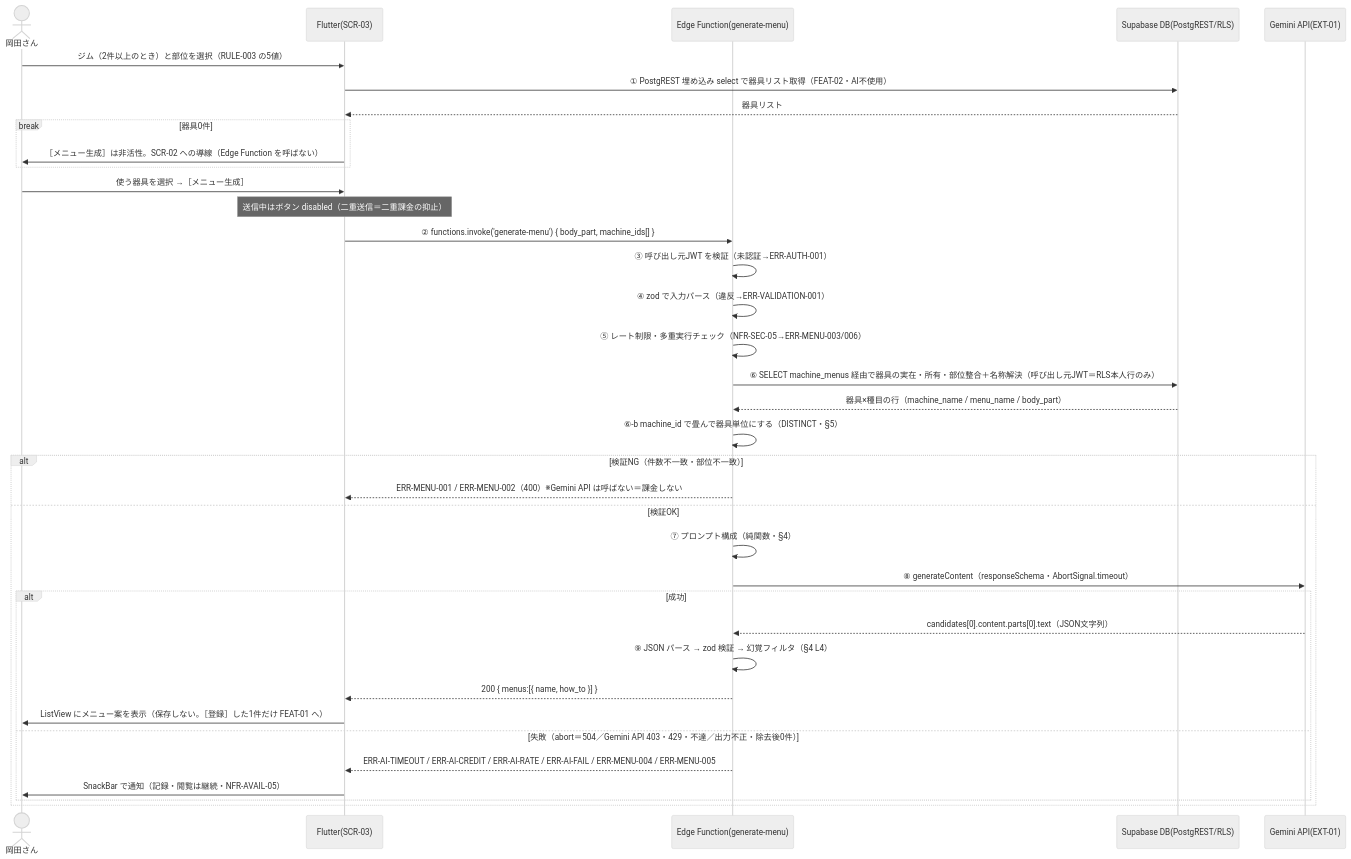
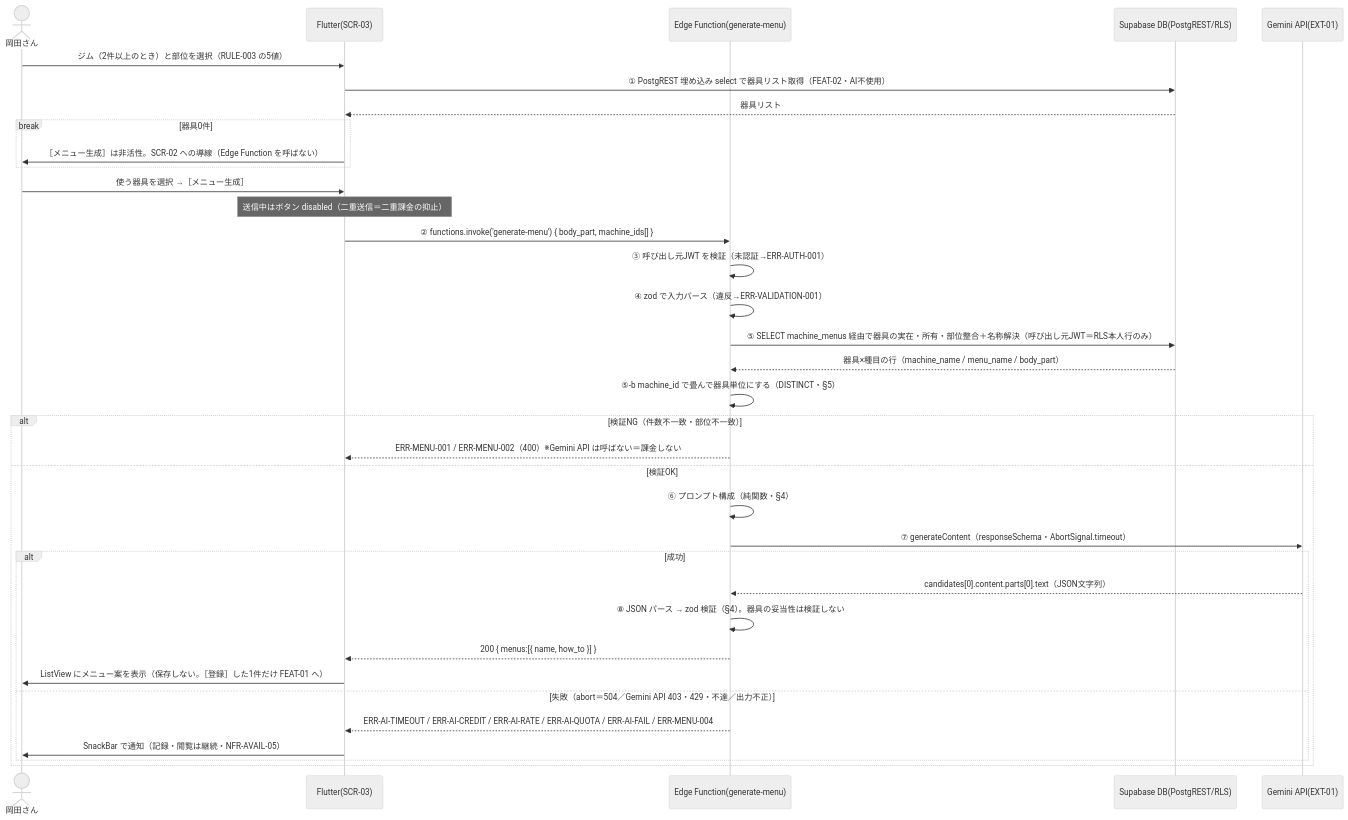
One commit to k-okada51/okada-fit changed the diagram in docs/02_設計/50_詳細設計/08_機能別詳細設計/FEAT-03_AIメニュー提案.md. Above: the diagram before and after it, drawn with Mermaid (neutral theme). The commit also changed other lines of this file and 13 other files, not shown here.

````diff
--- a/docs/02_設計/50_詳細設計/08_機能別詳細設計/FEAT-03_AIメニュー提案.md
+++ b/docs/02_設計/50_詳細設計/08_機能別詳細設計/FEAT-03_AIメニュー提案.md
@@ -75,40 +76,39 @@
 ```mermaid
 sequenceDiagram
   actor U as 岡田さん
   participant F as Flutter(SCR-03)
   participant E as Edge Function(generate-menu)
   participant D as Supabase DB(PostgREST/RLS)
   participant G as Gemini API(EXT-01)
 
   U->>F: ジム（2件以上のとき）と部位を選択（RULE-003 の5値）
   F->>D: ① PostgREST 埋め込み select で器具リスト取得（FEAT-02・AI不使用）
   D-->>F: 器具リスト
   break 器具0件
     F->>U: ［メニュー生成］は非活性。SCR-02 への導線（Edge Function を呼ばない）
   end
   U->>F: 使う器具を選択 →［メニュー生成］
   Note over F: 送信中はボタン disabled（二重送信＝二重課金の抑止）
   F->>E: ② functions.invoke('generate-menu') { body_part, machine_ids[] }
 
   E->>E: ③ 呼び出し元JWT を検証（未認証→ERR-AUTH-001）
   E->>E: ④ zod で入力パース（違反→ERR-VALIDATION-001）
-  E->>E: ⑤ レート制限・多重実行チェック（NFR-SEC-05→ERR-MENU-003/006）
-  E->>D: ⑥ SELECT machine_menus 経由で器具の実在・所有・部位整合＋名称解決（呼び出し元JWT＝RLS本人行のみ）
+  E->>D: ⑤ SELECT machine_menus 経由で器具の実在・所有・部位整合＋名称解決（呼び出し元JWT＝RLS本人行のみ）
   D-->>E: 器具×種目の行（machine_name / menu_name / body_part）
-  E->>E: ⑥-b machine_id で畳んで器具単位にする（DISTINCT・§5）
+  E->>E: ⑤-b machine_id で畳んで器具単位にする（DISTINCT・§5）
   alt 検証NG（件数不一致・部位不一致）
     E-->>F: ERR-MENU-001 / ERR-MENU-002（400）※Gemini API は呼ばない＝課金しない
   else 検証OK
-    E->>E: ⑦ プロンプト構成（純関数・§4）
-    E->>G: ⑧ generateContent（responseSchema・AbortSignal.timeout）
+    E->>E: ⑥ プロンプト構成（純関数・§4）
+    E->>G: ⑦ generateContent（responseSchema・AbortSignal.timeout）
     alt 成功
       G-->>E: candidates[0].content.parts[0].text（JSON文字列）
-      E->>E: ⑨ JSON パース → zod 検証 → 幻覚フィルタ（§4 L4）
+      E->>E: ⑧ JSON パース → zod 検証（§4）。器具の妥当性は検証しない
       E-->>F: 200 { menus:[{ name, how_to }] }
       F->>U: ListView にメニュー案を表示（保存しない。［登録］した1件だけ FEAT-01 へ）
-    else 失敗（abort＝504／Gemini API 403・429・不達／出力不正・除去後0件）
-      E-->>F: ERR-AI-TIMEOUT / ERR-AI-CREDIT / ERR-AI-RATE / ERR-AI-FAIL / ERR-MENU-004 / ERR-MENU-005
+    else 失敗（abort＝504／Gemini API 403・429・不達／出力不正）
+      E-->>F: ERR-AI-TIMEOUT / ERR-AI-CREDIT / ERR-AI-RATE / ERR-AI-QUOTA / ERR-AI-FAIL / ERR-MENU-004
       F->>U: SnackBar で通知（記録・閲覧は継続・NFR-AVAIL-05）
     end
   end
 ```
````
